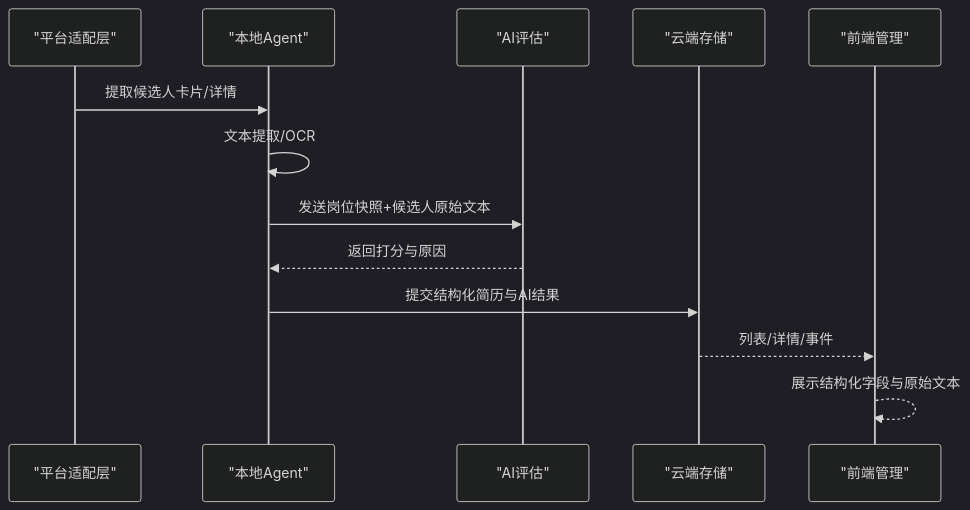
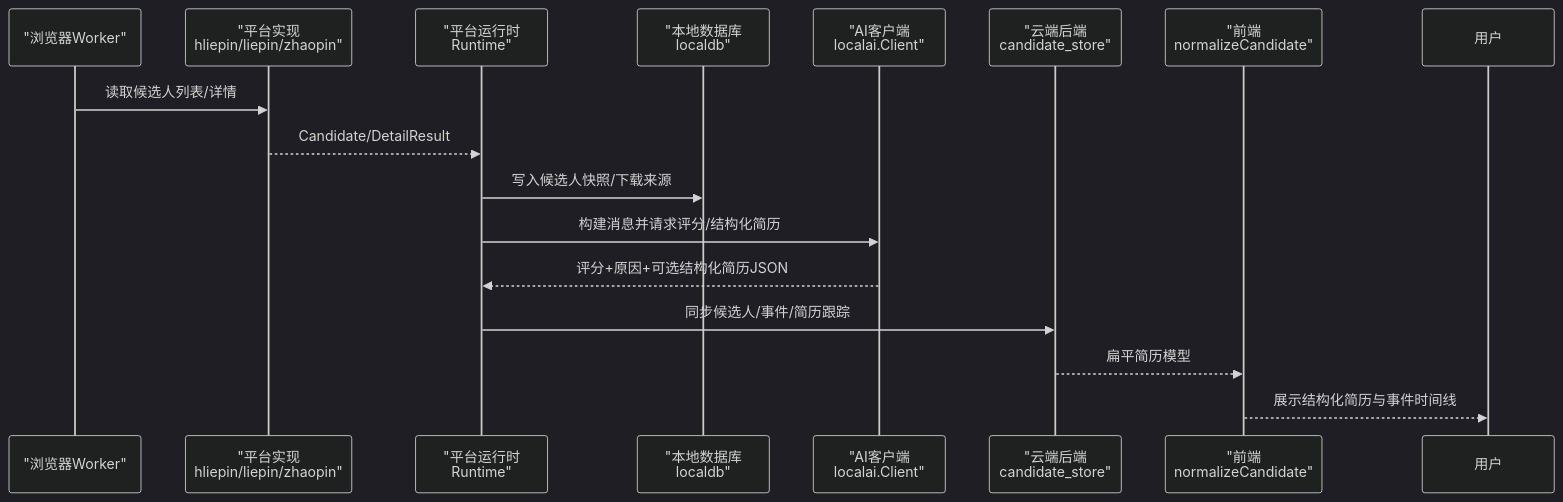
The second of 10 diagrams in .qoder/repowiki/zh/content/本地执行器/AI集成/简历解析处理.md (alvinwangzi/goodhr), drawn with Mermaid (dark theme) before and after one commit. The commit also changed other lines of this file and 149 other files, not shown here.

````diff
--- a/.qoder/repowiki/zh/content/本地执行器/AI集成/简历解析处理.md
+++ b/.qoder/repowiki/zh/content/本地执行器/AI集成/简历解析处理.md
@@ -101,15 +107,18 @@
 ```mermaid
 sequenceDiagram
-participant P as "平台适配层"
-participant L as "本地Agent"
-participant AI as "AI评估"
-participant S as "云端存储"
-participant U as "前端管理"
-P->>L : 提取候选人卡片/详情
-L->>L : 文本提取/OCR
-L->>AI : 发送岗位快照+候选人原始文本
-AI-->>L : 返回打分与原因
-L->>S : 提交结构化简历与AI结果
-S-->>U : 列表/详情/事件
-U-->>U : 展示结构化字段与原始文本
+participant Browser as "浏览器Worker"
+participant Platform as "平台实现<br/>hliepin/liepin/zhaopin"
+participant Runtime as "平台运行时<br/>Runtime"
+participant LocalDB as "本地数据库<br/>localdb"
+participant AI as "AI客户端<br/>localai.Client"
+participant Cloud as "云端后端<br/>candidate_store"
+participant Frontend as "前端<br/>normalizeCandidate"
+Browser->>Platform : 读取候选人列表/详情
+Platform-->>Runtime : Candidate/DetailResult
+Runtime->>LocalDB : 写入候选人快照/下载来源
+Runtime->>AI : 构建消息并请求评分/结构化简历
+AI-->>Runtime : 评分+原因+可选结构化简历JSON
+Runtime->>Cloud : 同步候选人/事件/简历跟踪
+Cloud-->>Frontend : 扁平简历模型
+Frontend-->>用户 : 展示结构化简历与事件时间线
 ```
````
